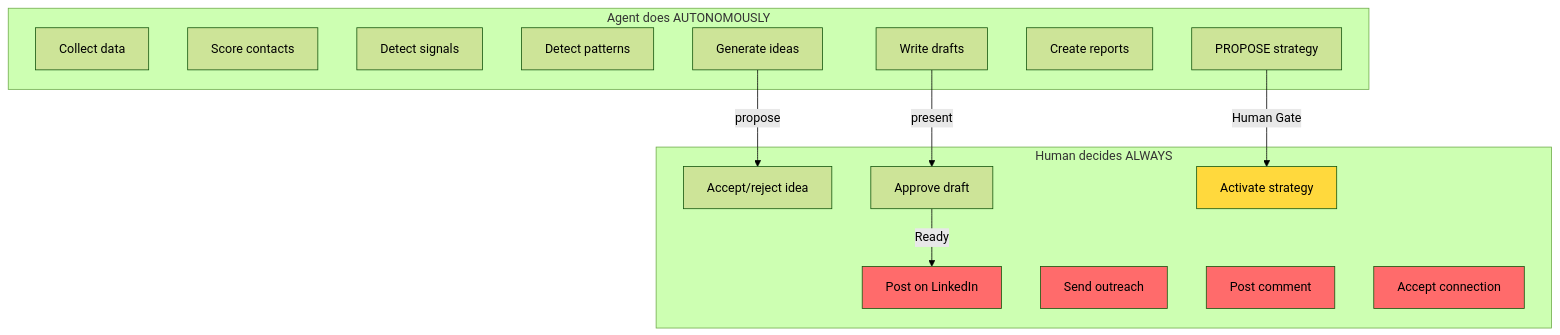
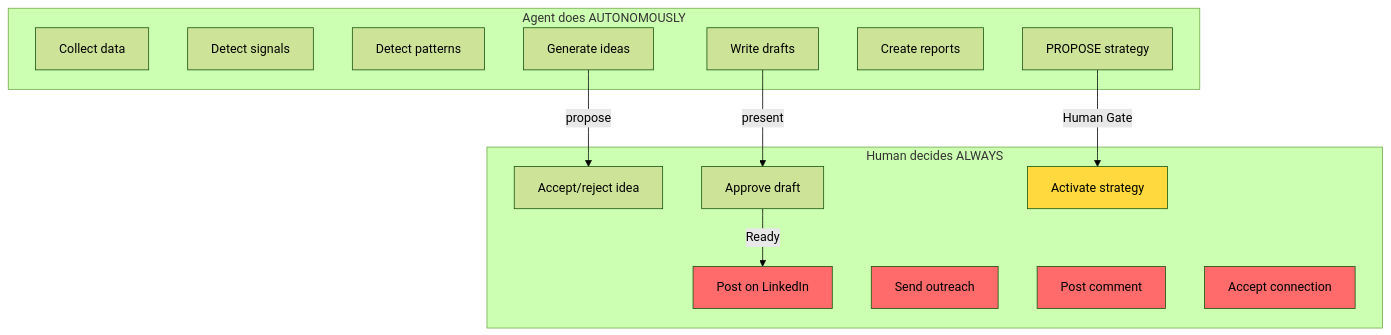
One commit to sabania/linkedin-cli changed the fifth of 8 diagrams in plugin/README.md. Above: the diagram before and after it, drawn with Mermaid (forest theme). The commit also changed other lines of this file and 13 other files, not shown here.

````diff
--- a/plugin/README.md
+++ b/plugin/README.md
@@ -141,34 +131,33 @@
 ```mermaid
 graph TD
     subgraph "Agent does AUTONOMOUSLY"
         D["Collect data"]
-        SC["Score contacts"]
         SI["Detect signals"]
         P["Detect patterns"]
         I["Generate ideas"]
         DR["Write drafts"]
         R["Create reports"]
         SV["PROPOSE strategy"]
     end
 
     subgraph "Human decides ALWAYS"
         IA["Accept/reject idea"]
         DA["Approve draft"]
         PO["Post on LinkedIn"]
         OU["Send outreach"]
         CO["Post comment"]
         SA["Activate strategy"]
         CN["Accept connection"]
     end
 
     I -->|"propose"| IA
     DR -->|"present"| DA
     DA -->|"Ready"| PO
     SV -->|"Human Gate"| SA
 
     style PO fill:#ff6b6b
     style OU fill:#ff6b6b
     style CO fill:#ff6b6b
     style CN fill:#ff6b6b
     style SA fill:#ffd93d
 ```
````
